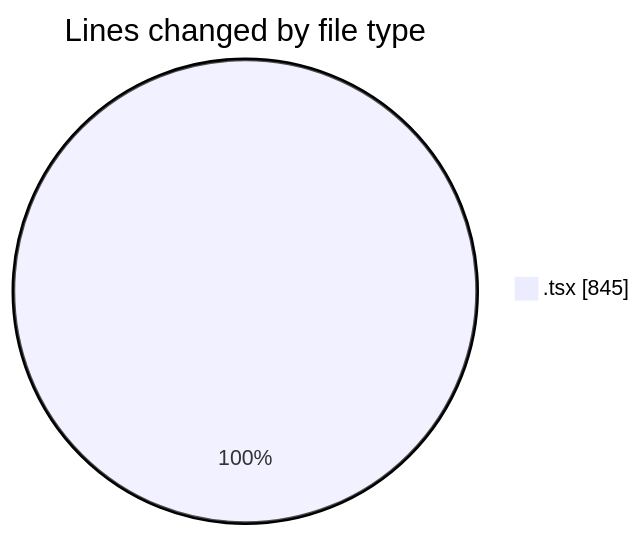
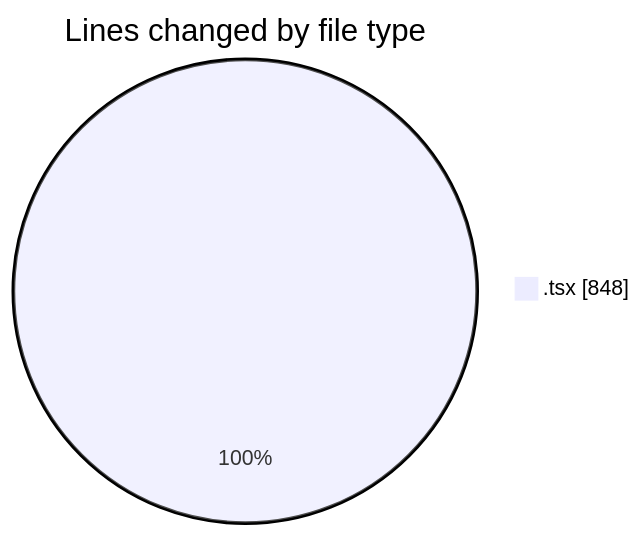
The first of 2 diagrams in 2025-09-15/cda/README.md (momahboobian/code-tracking), drawn with Mermaid before and after one commit. The commit also changed other lines of this file and 1 other file, not shown here.

````diff
--- a/2025-09-15/cda/README.md
+++ b/2025-09-15/cda/README.md
@@ -21,5 +21,5 @@
 ```mermaid
 pie showData
 title Lines changed by file type
-".tsx" : 845
+".tsx" : 848
 ```
````
